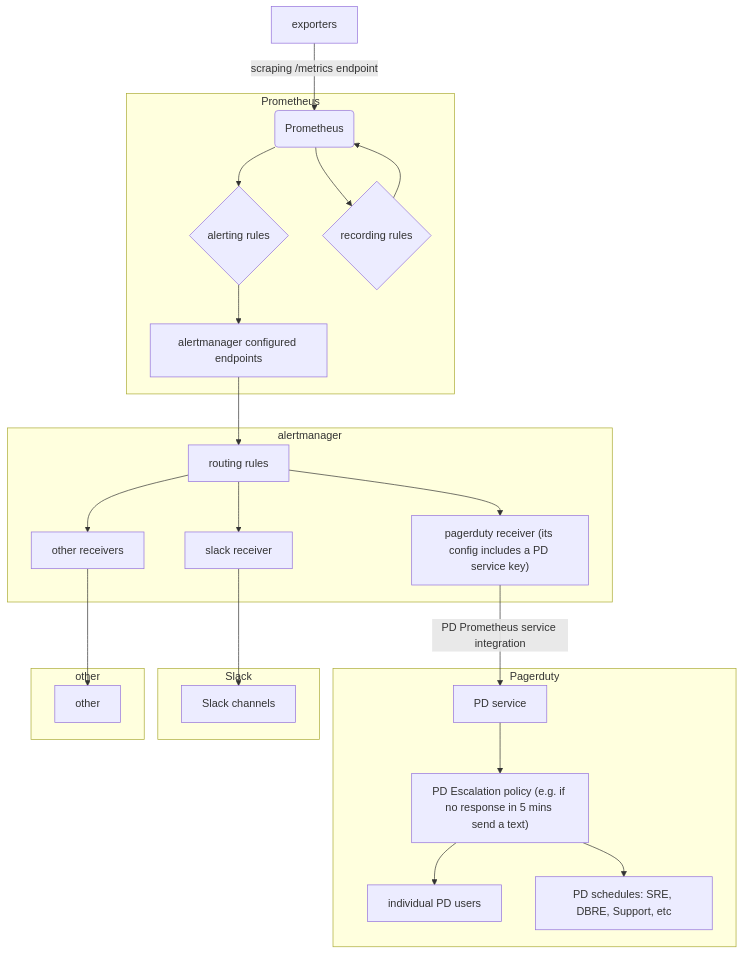
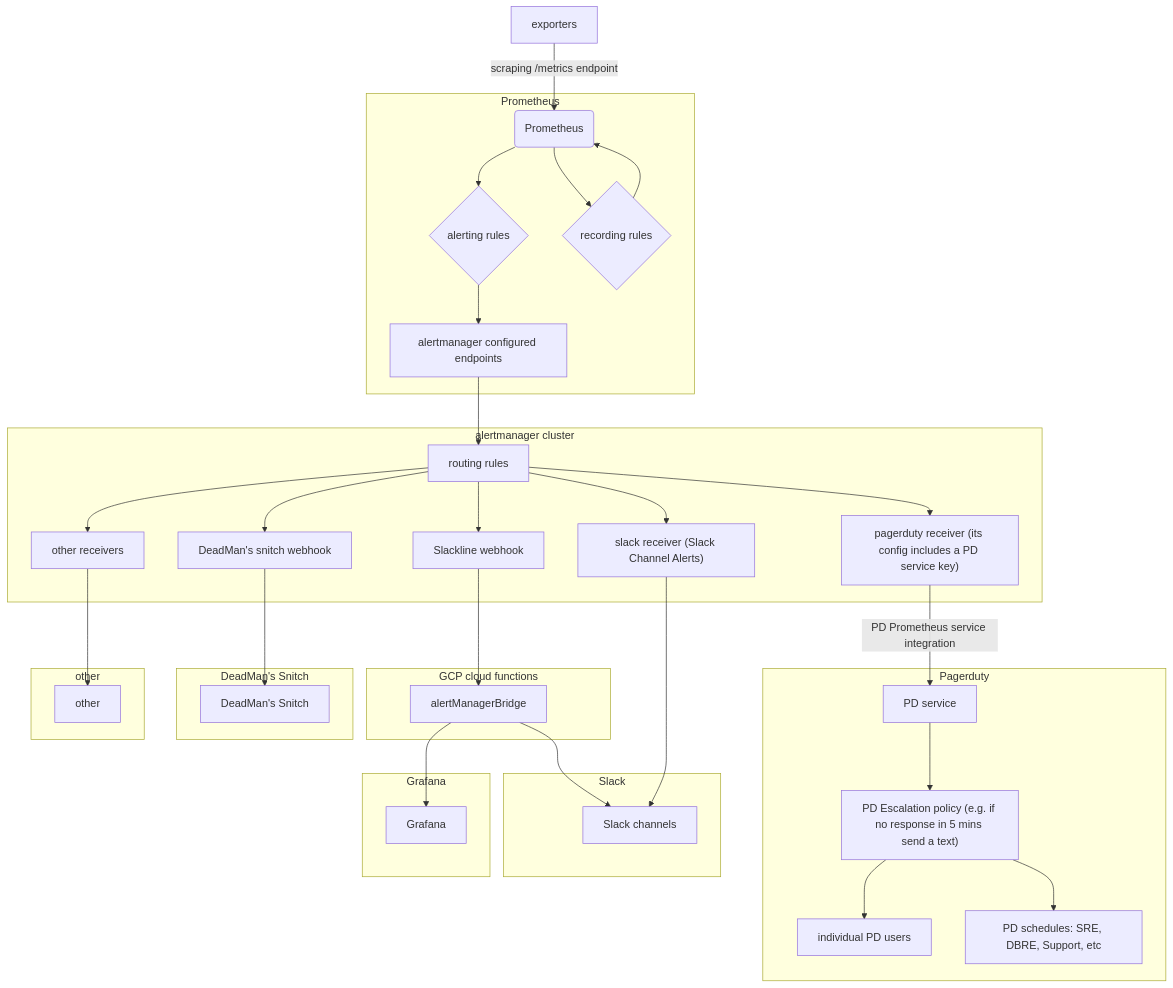
The diagram in howto/alerts_manual.md (mattrussi/gitlab-com-runbooks), drawn with Mermaid before and after one commit. The commit also changed other lines of this file, not shown here.

Commit message:
add Slackline to the alerting graph

````diff
--- a/howto/alerts_manual.md
+++ b/howto/alerts_manual.md
@@ -11,29 +11,41 @@
 ```mermaid
 graph TD
 A[exporters] -->|scraping /metrics endpoint| B(Prometheus)
 subgraph Prometheus
 B --> C{alerting rules}
 B --> D{recording rules}
 D --> B
 C -->E[alertmanager configured endpoints]
 end
-subgraph alertmanager
+subgraph alertmanager cluster
 E --> H[routing rules]
 H --> I["pagerduty receiver (its config includes a PD service key)"]
-H --> J[slack receiver]
+H --> J["slack receiver (Slack Channel Alerts)"]
+H --> S[Slackline webhook]
+H --> T[DeadMan's snitch webhook]
 H --> M[other receivers]
 end
 subgraph Pagerduty
 I --> |PD Prometheus service integration| K[PD service]
 K --> O["PD Escalation policy (e.g. if no response in 5 mins send a text)"]
 O --> P[individual PD users]
 O --> R[PD schedules: SRE, DBRE, Support, etc]
 end
+subgraph GCP cloud functions
+S --> V[alertManagerBridge]
+end
 subgraph Slack
+V --> L
 J --> L[Slack channels]
+end
+subgraph Grafana
+V --> U[Grafana]
+end
+subgraph DeadMan's Snitch
+T --> W[DeadMan's Snitch]
 end
 subgraph other
 M --> N[other]
 end
 
 ```
````
